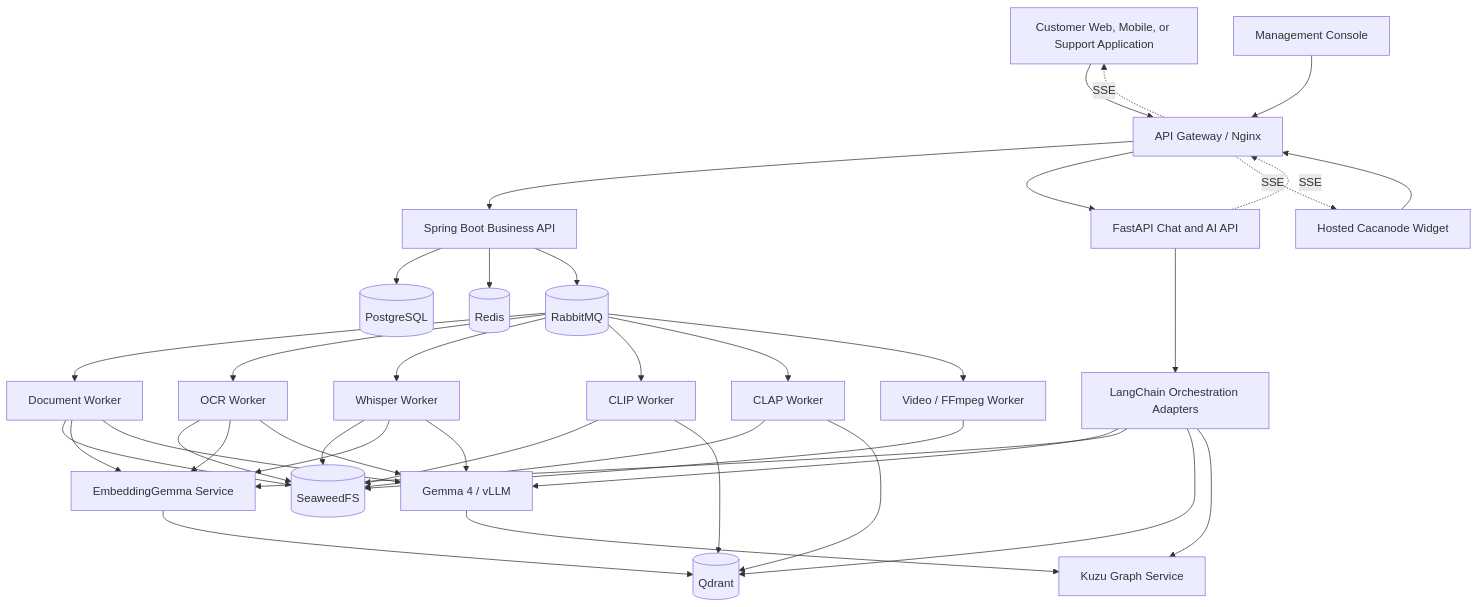
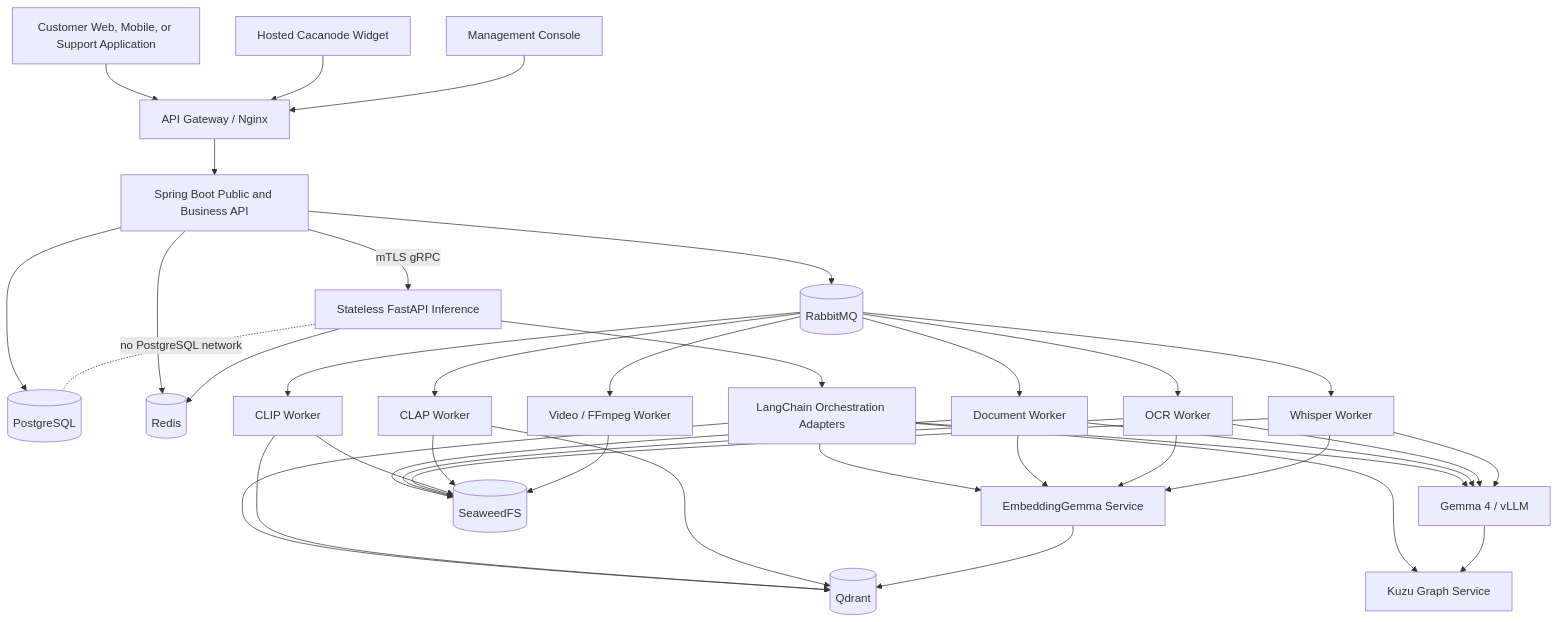
The first of 3 diagrams in README.md (Kuvox-stud-cmc/Cacanode), drawn with Mermaid before and after one commit. The commit also changed other lines of this file and 222 other files, not shown here.

````diff
--- a/README.md
+++ b/README.md
@@ -231,53 +232,52 @@
 ```mermaid
 flowchart TB
     CustomerApp[Customer Web, Mobile, or Support Application]
     Widget[Hosted Cacanode Widget]
     Dashboard[Management Console]
 
     CustomerApp --> Gateway[API Gateway / Nginx]
     Widget --> Gateway
     Dashboard --> Gateway
 
-    Gateway --> Business[Spring Boot Business API]
-    Gateway --> AI[FastAPI Chat and AI API]
+    Gateway --> Business[Spring Boot Public and Business API]
 
     Business --> PostgreSQL[(PostgreSQL)]
     Business --> Redis[(Redis)]
     Business --> RabbitMQ[(RabbitMQ)]
+    Business -->|mTLS gRPC| AI[Stateless FastAPI Inference]
 
     AI --> Orchestration[LangChain Orchestration Adapters]
+    AI --> Redis
     Orchestration --> LLM[Gemma 4 / vLLM]
     Orchestration --> TextEmbed[EmbeddingGemma Service]
     Orchestration --> Qdrant[(Qdrant)]
     Orchestration --> Graph[Kuzu Graph Service]
 
     RabbitMQ --> DocumentWorker[Document Worker]
     RabbitMQ --> OCRWorker[OCR Worker]
     RabbitMQ --> ASRWorker[Whisper Worker]
     RabbitMQ --> VisionWorker[CLIP Worker]
     RabbitMQ --> AudioWorker[CLAP Worker]
     RabbitMQ --> VideoWorker[Video / FFmpeg Worker]
 
     DocumentWorker --> SeaweedFS[(SeaweedFS)]
     OCRWorker --> SeaweedFS
     ASRWorker --> SeaweedFS
     VisionWorker --> SeaweedFS
     AudioWorker --> SeaweedFS
     VideoWorker --> SeaweedFS
 
     DocumentWorker --> TextEmbed
     OCRWorker --> TextEmbed
     ASRWorker --> TextEmbed
     VisionWorker --> Qdrant
     AudioWorker --> Qdrant
     TextEmbed --> Qdrant
 
     DocumentWorker --> LLM
     OCRWorker --> LLM
     ASRWorker --> LLM
     LLM --> Graph
 
-    AI -. SSE .-> Gateway
-    Gateway -. SSE .-> CustomerApp
-    Gateway -. SSE .-> Widget
+    AI -. no PostgreSQL network .- PostgreSQL
 ```
````
